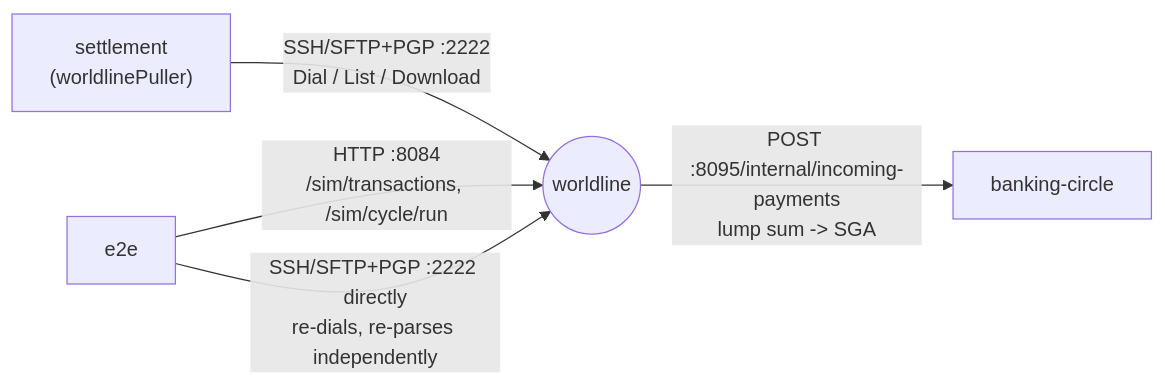
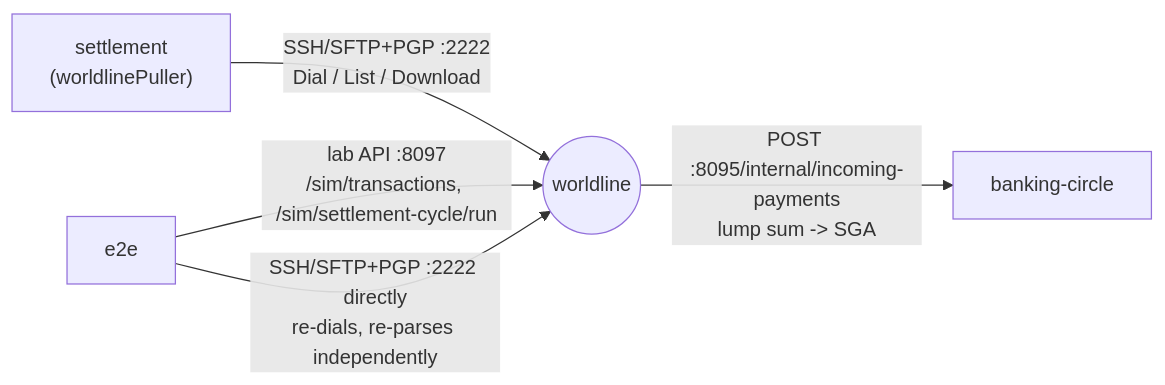
One commit to dirk-infinitepay/fintechlab-simple changed the third of 3 diagrams in docs/structure/worldline.md. Above: the diagram before and after it, drawn with Mermaid. The commit also changed 31 other files, not shown here.

````diff
--- a/docs/structure/worldline.md
+++ b/docs/structure/worldline.md
@@ -106,7 +106,7 @@
 ```mermaid
 graph LR
     ST["settlement\n(worldlinePuller)"] -->|"SSH/SFTP+PGP :2222\nDial / List / Download"| WL(("worldline"))
     WL -->|"POST :8095/internal/incoming-payments\nlump sum -> SGA"| BC["banking-circle"]
-    HN["e2e"] -->|"HTTP :8084\n/sim/transactions, /sim/cycle/run"| WL
+    HN["e2e"] -->|"lab API :8097\n/sim/transactions, /sim/settlement-cycle/run"| WL
     HN -->|"SSH/SFTP+PGP :2222 directly\nre-dials, re-parses independently"| WL
 ```
````
